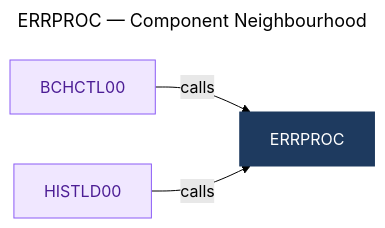
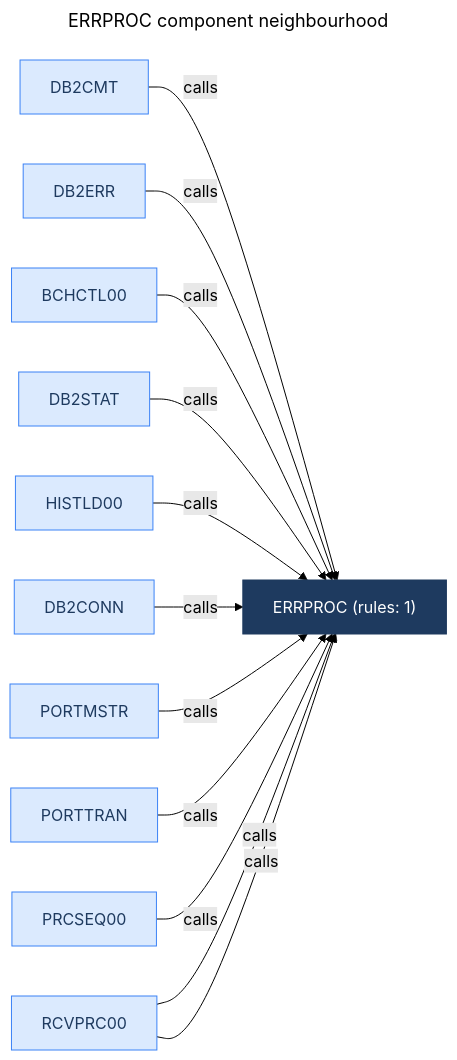
Before and after one commit to Udaradg/legacy-modernization-harness: the diagram in output/diagram/diagrams/component_ERRPROC.mmd, drawn with Mermaid (forest theme). The commit also changed other lines of this file and 202 other files, not shown here.

```diff
--- a/output/diagram/diagrams/component_ERRPROC.mmd
+++ b/output/diagram/diagrams/component_ERRPROC.mmd
@@ -1,17 +1,35 @@
 ---
-title: ERRPROC — Component Neighbourhood
+title: ERRPROC component neighbourhood
 ---
 flowchart LR
-  %% Generated by 6_diagram agent — component-mapper skill
+  %% Generated by 6_diagram agent -- component-mapper skill
 
   classDef batch    fill:#dbeafe,stroke:#3b82f6,color:#1e3a5f
   classDef online   fill:#d1fae5,stroke:#10b981,color:#064e3b
-  classDef common   fill:#f0e7ff,stroke:#8b5cf6,color:#4c1d95
+  classDef copybook fill:#ede9fe,stroke:#7c3aed,color:#2e1065
+  classDef datastore fill:#fef3c7,stroke:#f59e0b,color:#451a03
   classDef focal    fill:#1e3a5f,stroke:#1e3a5f,color:#ffffff
 
-  ERRPROC["ERRPROC"]:::focal
-  BCHCTL00["BCHCTL00"]:::common
-  HISTLD00["HISTLD00"]:::common
+  DB2CMT[DB2CMT]:::batch
+  DB2CONN[DB2CONN]:::batch
+  DB2STAT[DB2STAT]:::batch
+  PORTTRAN[PORTTRAN]:::batch
+  BCHCTL00[BCHCTL00]:::batch
+  DB2ERR[DB2ERR]:::batch
+  ERRPROC["ERRPROC (rules: 1)"]:::focal
+  HISTLD00[HISTLD00]:::batch
+  PORTMSTR[PORTMSTR]:::batch
+  PRCSEQ00[PRCSEQ00]:::batch
+  RCVPRC00[RCVPRC00]:::batch
 
+  DB2CMT -->|calls| ERRPROC
+  DB2ERR -->|calls| ERRPROC
   BCHCTL00 -->|calls| ERRPROC
+  DB2STAT -->|calls| ERRPROC
   HISTLD00 -->|calls| ERRPROC
+  DB2CONN -->|calls| ERRPROC
+  PORTMSTR -->|calls| ERRPROC
+  PORTTRAN -->|calls| ERRPROC
+  PRCSEQ00 -->|calls| ERRPROC
+  RCVPRC00 -->|calls| ERRPROC
+  RCVPRC00 -->|calls| ERRPROC
```
